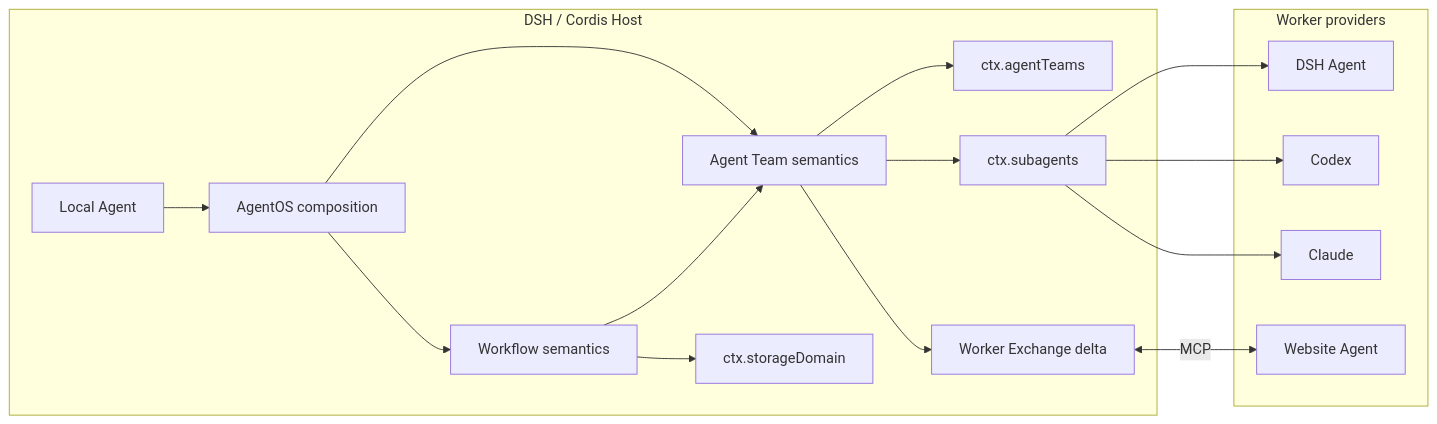
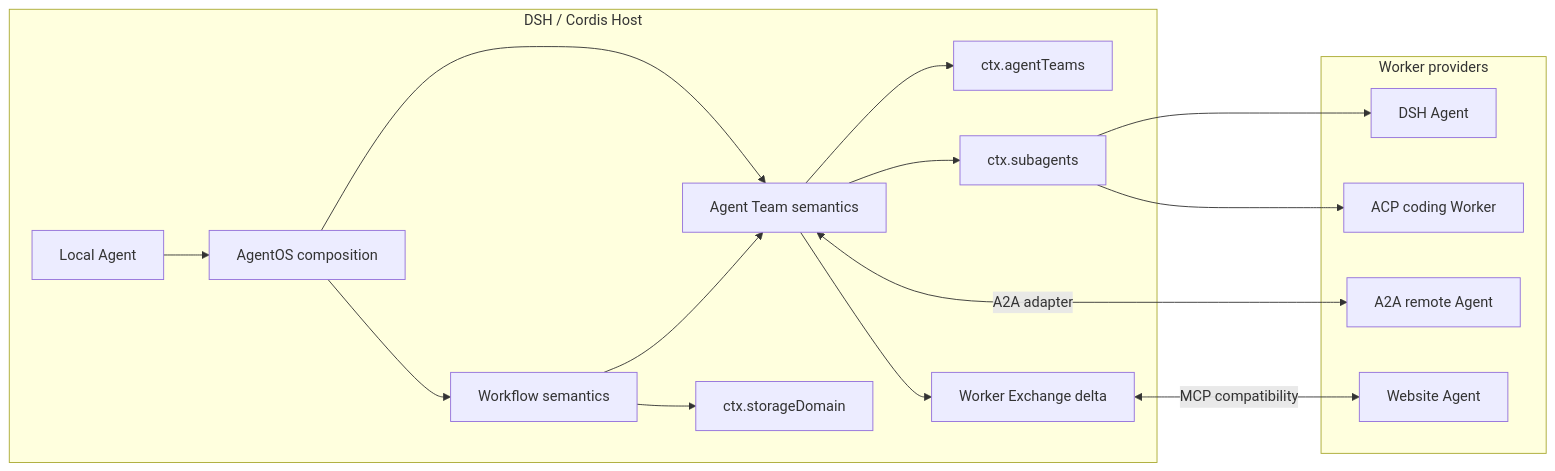
One commit to tsuuanmi/AgentOS changed the fifth of 6 diagrams in docs/architecture/README.md. Above: the diagram before and after it, drawn with Mermaid. The commit also changed other lines of this file, not shown here.

Commit message:
docs: make A2A ACP MCP protocol roles canonical

```diff
--- a/docs/architecture/README.md
+++ b/docs/architecture/README.md
@@ -351,35 +359,35 @@
 ~~~mermaid
 flowchart LR
     subgraph Host["DSH / Cordis Host"]
         Local[Local Agent]
         AO[AgentOS composition]
         Team[Agent Team semantics]
         WF[Workflow semantics]
         DSHAT[ctx.agentTeams]
         Sub[ctx.subagents]
         Store[ctx.storageDomain]
         Exchange[Worker Exchange delta]
     end
 
     subgraph Providers["Worker providers"]
         DA[DSH Agent]
-        CX[Codex]
-        CL[Claude]
+        ACPW[ACP coding Worker]
+        RA[A2A remote Agent]
         WA[Website Agent]
     end
 
     Local --> AO
     AO --> Team
     AO --> WF
     WF --> Team
 
     Team --> DSHAT
     Team --> Sub
     Team --> Exchange
     WF --> Store
 
     Sub --> DA
-    Sub --> CX
-    Sub --> CL
-    Exchange <-->|MCP| WA
+    Sub --> ACPW
+    Team <-->|A2A adapter| RA
+    Exchange <-->|MCP compatibility| WA
 ~~~
```
